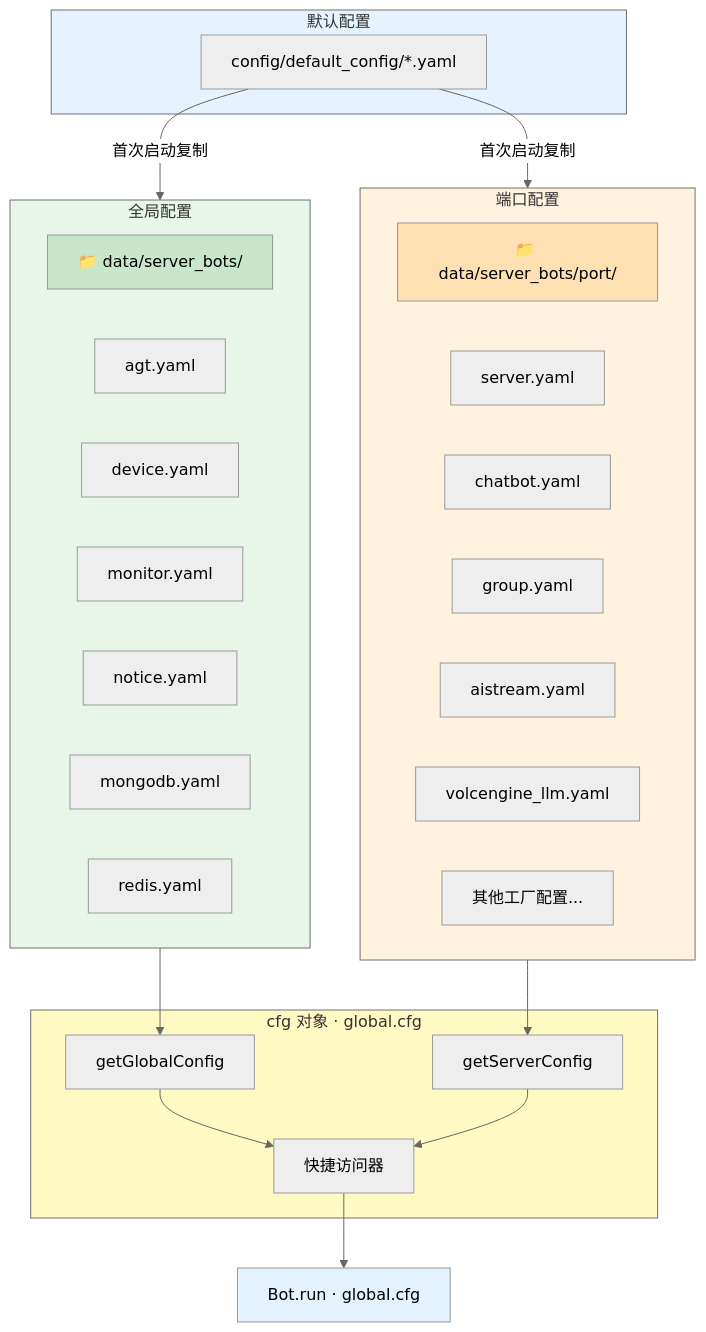
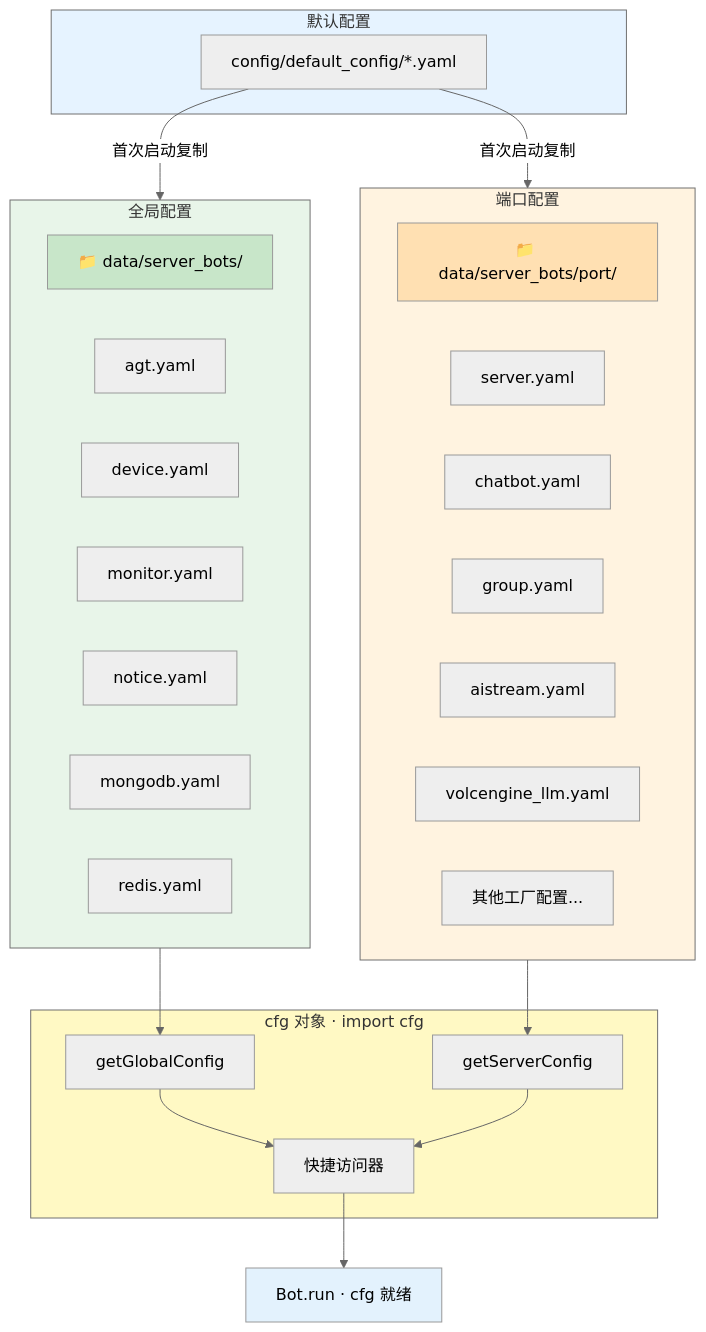
Before and after one commit to sunflowermm/XRK-AGT: the first of 8 diagrams in docs/app-dev.md, drawn with Mermaid (neutral theme). The commit also changed other lines of this file and 84 other files, not shown here.

````diff
--- a/docs/app-dev.md
+++ b/docs/app-dev.md
@@ -106,48 +33,48 @@
 ```mermaid
 flowchart TB
     subgraph Default["默认配置"]
         D1["config/default_config/*.yaml"]
     end
 
     subgraph Global["全局配置"]
         pathG["📁 data/server_bots/"]
         G1["agt.yaml"]
         G2["device.yaml"]
         G3["monitor.yaml"]
         G4["notice.yaml"]
         G5["mongodb.yaml"]
         G6["redis.yaml"]
     end
 
     subgraph Server["端口配置"]
         pathS["📁 data/server_bots/port/"]
         S1["server.yaml"]
         S2["chatbot.yaml"]
         S3["group.yaml"]
         S4["aistream.yaml"]
         S5["volcengine_llm.yaml"]
         S6["其他工厂配置..."]
     end
 
-    subgraph Cfg["cfg 对象 · global.cfg"]
+    subgraph Cfg["cfg 对象 · import cfg"]
         C1["getGlobalConfig"]
         C2["getServerConfig"]
         C3["快捷访问器"]
     end
 
     D1 -->|首次启动复制| Global
     D1 -->|首次启动复制| Server
     Global --> C1
     Server --> C2
     C1 --> C3
     C2 --> C3
-    C3 --> Bot["Bot.run · global.cfg"]
+    C3 --> Bot["Bot.run · cfg 就绪"]
 
     style Default fill:#E6F3FF
     style Global fill:#E8F5E9
     style Server fill:#FFF3E0
     style Cfg fill:#FFF9C4
     style Bot fill:#E3F2FD
     style pathG fill:#C8E6C9
     style pathS fill:#FFE0B2
 ```
````
